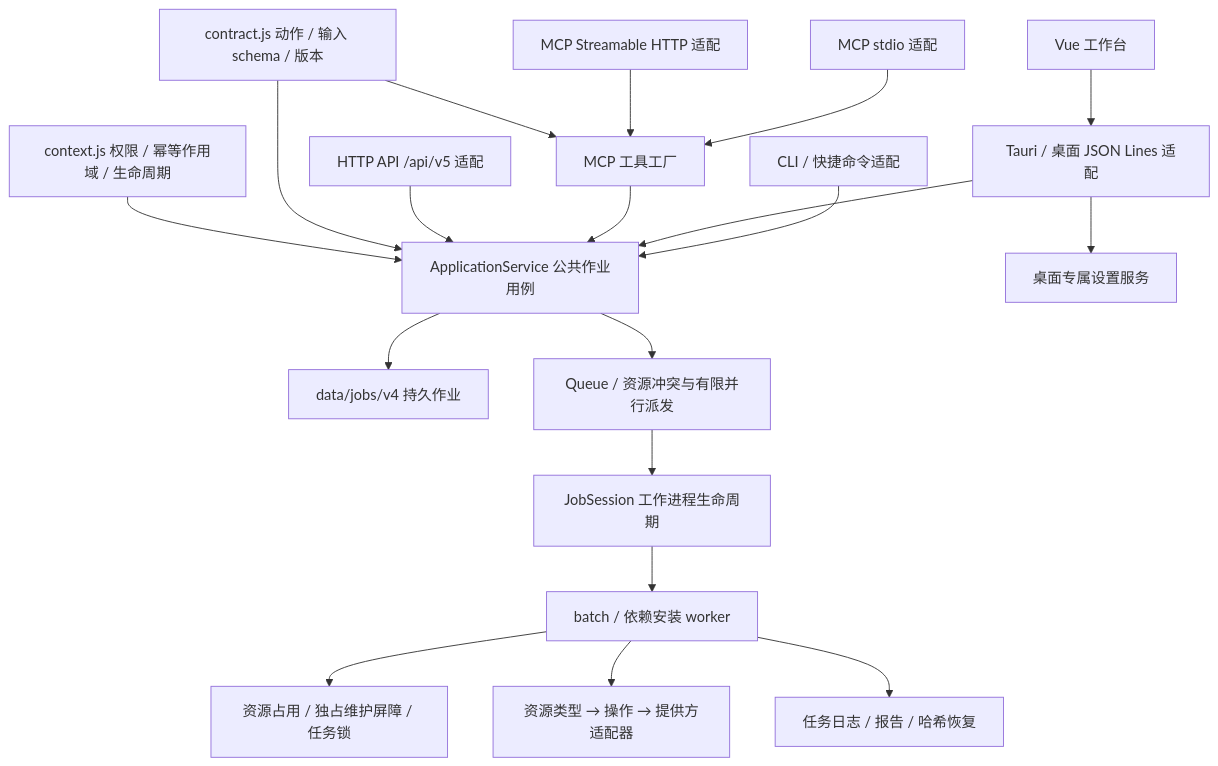
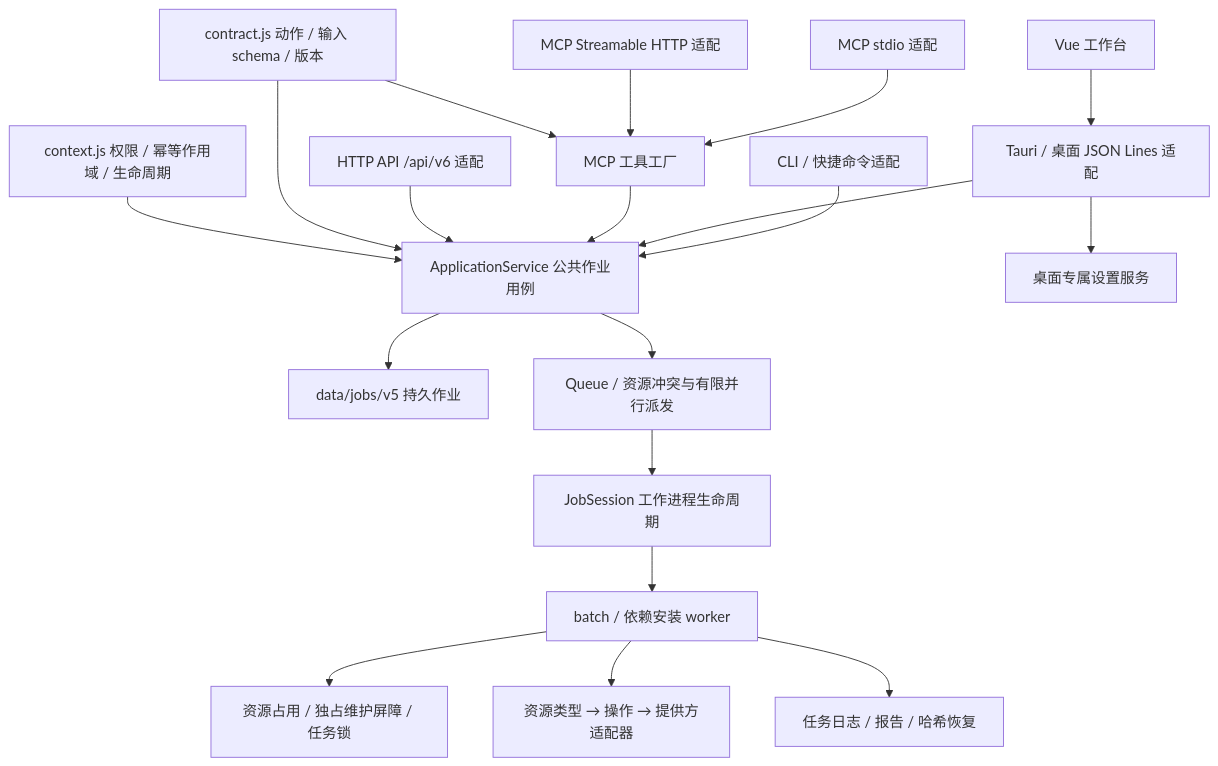
One commit to ISQIShI/AssetToolbox changed the diagram in docs/architecture/application.md. Above: the diagram before and after it, drawn with Mermaid. The commit also changed other lines of this file and 54 other files, not shown here.

````diff
--- a/docs/architecture/application.md
+++ b/docs/architecture/application.md
@@ -7,21 +7,21 @@
 ```mermaid
 flowchart TD
     UI[Vue 工作台] --> Native[Tauri / 桌面 JSON Lines 适配]
     CLI[CLI / 快捷命令适配] --> App[ApplicationService 公共作业用例]
     Native --> App
     Stdio[MCP stdio 适配] --> Tools[MCP 工具工厂]
     Stream[MCP Streamable HTTP 适配] --> Tools
     Tools --> App
-    HTTP[HTTP API /api/v5 适配] --> App
+    HTTP[HTTP API /api/v6 适配] --> App
     Contract[contract.js 动作 / 输入 schema / 版本] --> App
     Contract --> Tools
     Context[context.js 权限 / 幂等作用域 / 生命周期] --> App
-    App --> Store[data/jobs/v4 持久作业]
+    App --> Store[data/jobs/v5 持久作业]
     App --> Queue[Queue / 资源冲突与有限并行派发]
     Queue --> Session[JobSession 工作进程生命周期]
     Session --> Worker[batch / 依赖安装 worker]
     Worker --> Lock[资源占用 / 独占维护屏障 / 任务锁]
     Worker --> Engine[资源类型 → 操作 → 提供方适配器]
     Worker --> Recovery[任务日志 / 报告 / 哈希恢复]
     Native --> Settings[桌面专属设置服务]
 ```
````
